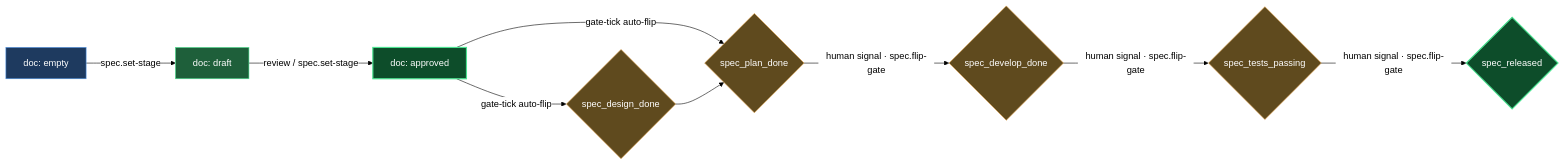
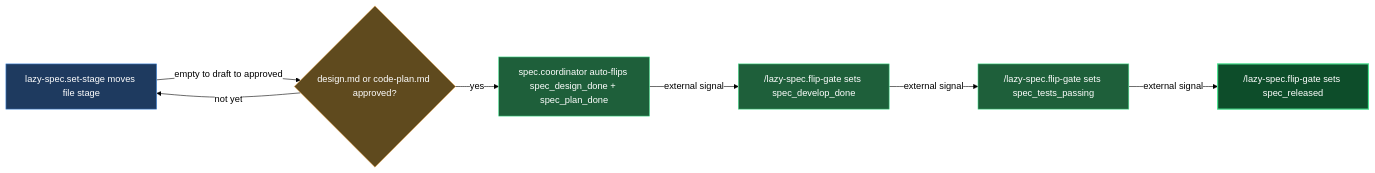
The diagram in claude/lazycortex-specs/help/gates.md (mebius-san/lazy-cortex), drawn with Mermaid before and after one commit. The commit also changed other lines of this file and 511 other files, not shown here.

First line of the commit message:
release: core 7.0.0, specs 6.0.0, review 6.1.0, obsidian 3.0.0, wiki 2.0.0, python 4.0.0, experts 1.0.0, diagram 1.1.7, observe 0.8.3

````diff
--- a/claude/lazycortex-specs/help/gates.md
+++ b/claude/lazycortex-specs/help/gates.md
@@ -53,35 +56,29 @@
 ```mermaid
 %%{init: {'themeVariables':{'background':'transparent','lineColor':'#000','textColor':'#000','edgeLabelBackground':'#fff'},'themeCSS':'.edgeLabel{background-color:transparent!important}.edgeLabel p{background-color:transparent!important}','flowchart':{'diagramPadding':5,'useMaxWidth':true}}}%%
 flowchart LR
-  docEmpty[doc: empty]
-  docDraft[doc: draft]
-  docApproved[doc: approved]
-  gDesign{spec_design_done}
-  gPlan{spec_plan_done}
-  gDevelop{spec_develop_done}
-  gTests{spec_tests_passing}
-  gReleased{spec_released}
+  setStagePerFile["lazy-spec.set-stage moves file stage"]
+  stageReachesApproved{"design.md or code-plan.md approved?"}
+  autoFlipDesignPlanGates["spec.coordinator auto-flips spec_design_done + spec_plan_done"]
+  flipDevelopDone["/lazy-spec.flip-gate sets spec_develop_done"]
+  flipTestsPassing["/lazy-spec.flip-gate sets spec_tests_passing"]
+  flipReleased["/lazy-spec.flip-gate sets spec_released"]
 
-  docEmpty -->|spec.set-stage| docDraft
-  docDraft -->|review / spec.set-stage| docApproved
-  docApproved -->|gate-tick auto-flip| gDesign
-  docApproved -->|gate-tick auto-flip| gPlan
-  gDesign --> gPlan
-  gPlan -->|human signal · spec.flip-gate| gDevelop
-  gDevelop -->|human signal · spec.flip-gate| gTests
-  gTests -->|human signal · spec.flip-gate| gReleased
+  setStagePerFile -->|empty to draft to approved| stageReachesApproved
+  stageReachesApproved -->|not yet| setStagePerFile
+  stageReachesApproved -->|yes| autoFlipDesignPlanGates
+  autoFlipDesignPlanGates -->|external signal| flipDevelopDone
+  flipDevelopDone -->|external signal| flipTestsPassing
+  flipTestsPassing -->|external signal| flipReleased
 
   classDef entry fill:#1e3a5f,stroke:#4a90e2,color:#fff
+  classDef guard fill:#5f4a1e,stroke:#e2a14a,color:#fff
   classDef action fill:#1e5f3a,stroke:#4ae290,color:#fff
-  classDef guard fill:#5f4a1e,stroke:#e2a14a,color:#fff
   classDef success fill:#0d4d2a,stroke:#4ae290,color:#fff,stroke-width:2px
 
-  class docEmpty entry
-  class docDraft action
-  class docApproved success
-  class gDesign guard
-  class gPlan guard
-  class gDevelop guard
-  class gTests guard
-  class gReleased success
+  class setStagePerFile entry
+  class stageReachesApproved guard
+  class autoFlipDesignPlanGates action
+  class flipDevelopDone action
+  class flipTestsPassing action
+  class flipReleased success
 ```
````
